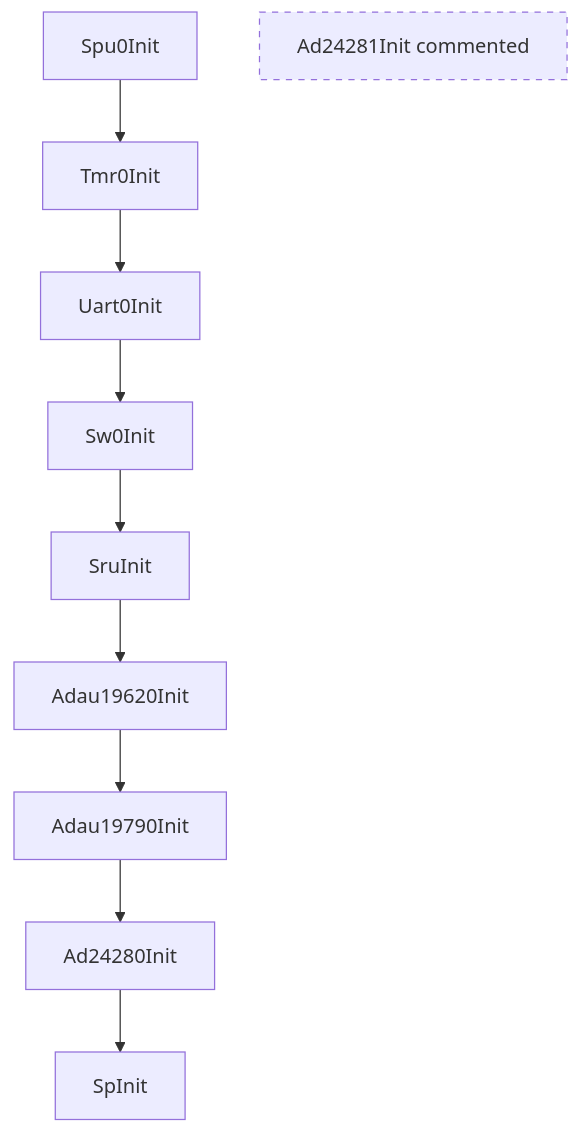
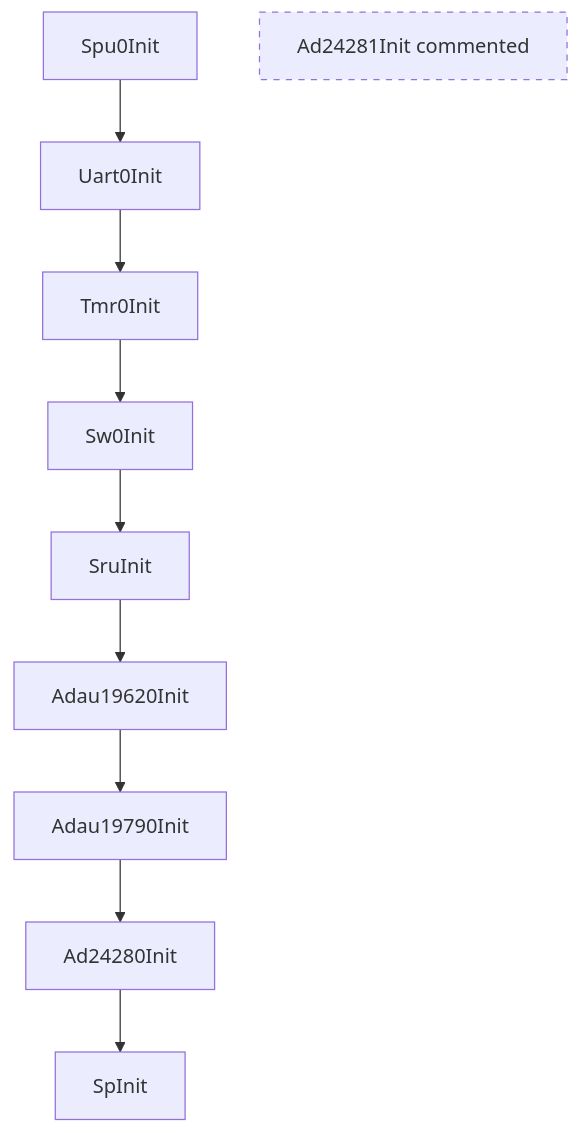
One commit to liang-nian/adsp21593_framework changed the third of 4 diagrams in doc/audio_flow.md. Above: the diagram before and after it, drawn with Mermaid. The commit also changed other lines of this file and 25 other files, not shown here.

````diff
--- a/doc/audio_flow.md
+++ b/doc/audio_flow.md
@@ -83,13 +83,13 @@
 ```mermaid
 flowchart TD
-  A[Spu0Init] --> B[Tmr0Init]
-  B --> C[Uart0Init]
+  A[Spu0Init] --> B[Uart0Init]
+  B --> C[Tmr0Init]
   C --> D[Sw0Init]
   D --> E[SruInit]
   E --> F[Adau19620Init]
   F --> G[Adau19790Init]
   G --> H[Ad24280Init]
   H --> I[SpInit]
   J[Ad24281Init commented]
   style J stroke-dasharray: 5 5
 ```
````
